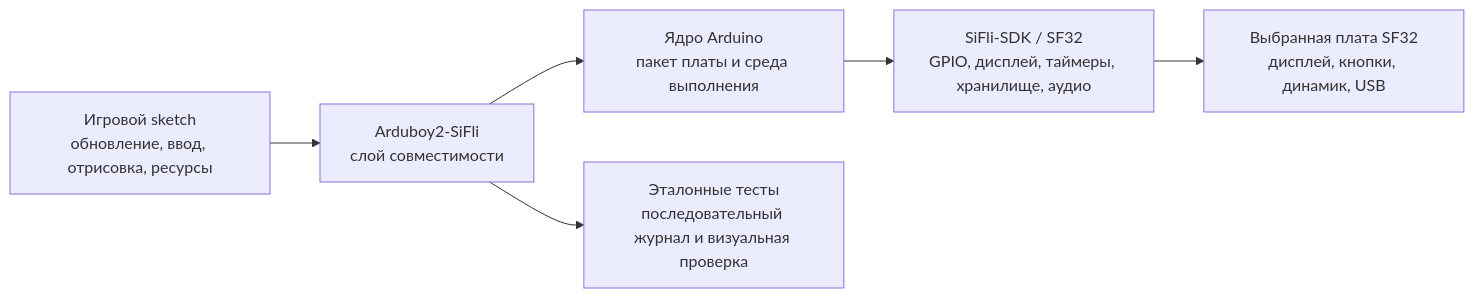
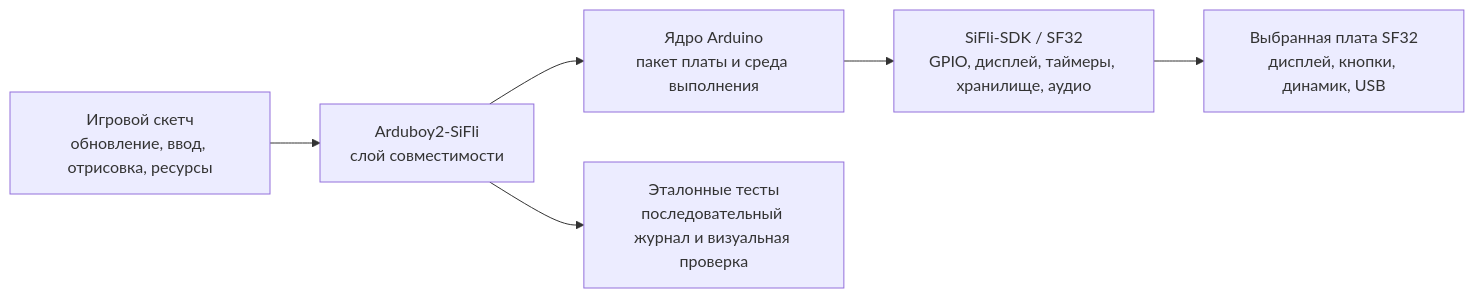
The diagram in docs_ru/projects/arduboy2-sifli.md (uForge-io/uforge-site), drawn with Mermaid before and after one commit. The commit also changed other lines of this file and 500 other files, not shown here.

````diff
--- a/docs_ru/projects/arduboy2-sifli.md
+++ b/docs_ru/projects/arduboy2-sifli.md
@@ -137,8 +137,8 @@
 ```mermaid
 flowchart LR
-    G["Игровой sketch\nобновление, ввод, отрисовка, ресурсы"] --> A["Arduboy2-SiFli\nслой совместимости"]
+    G["Игровой скетч\nобновление, ввод, отрисовка, ресурсы"] --> A["Arduboy2-SiFli\nслой совместимости"]
     A --> C["Ядро Arduino\nпакет платы и среда выполнения"]
     C --> S["SiFli-SDK / SF32\nGPIO, дисплей, таймеры, хранилище, аудио"]
     S --> H["Выбранная плата SF32\nдисплей, кнопки, динамик, USB"]
     A --> R["Эталонные тесты\nпоследовательный журнал и визуальная проверка"]
 ```
````
